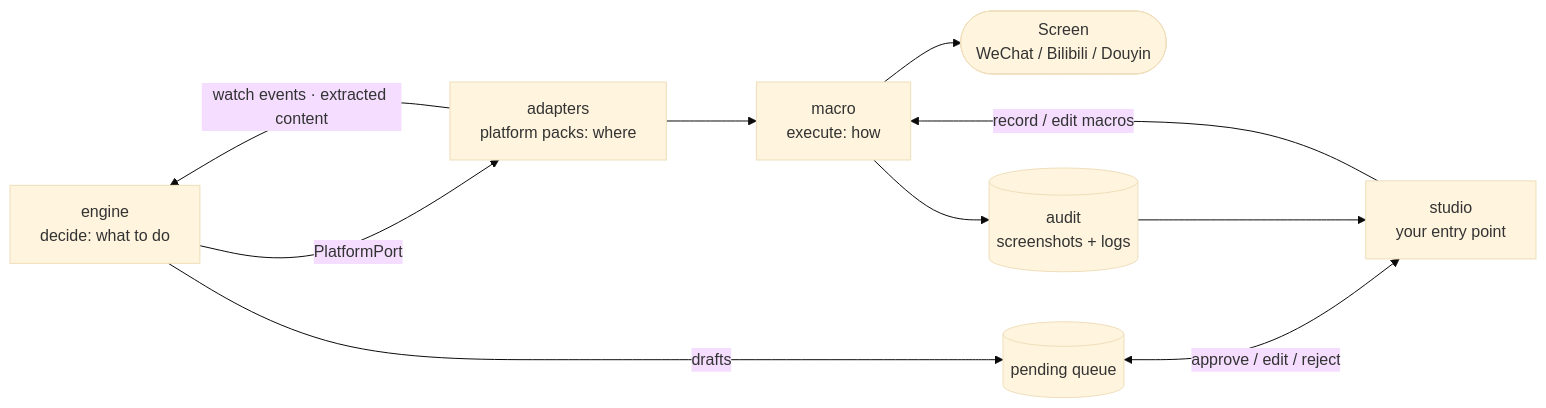
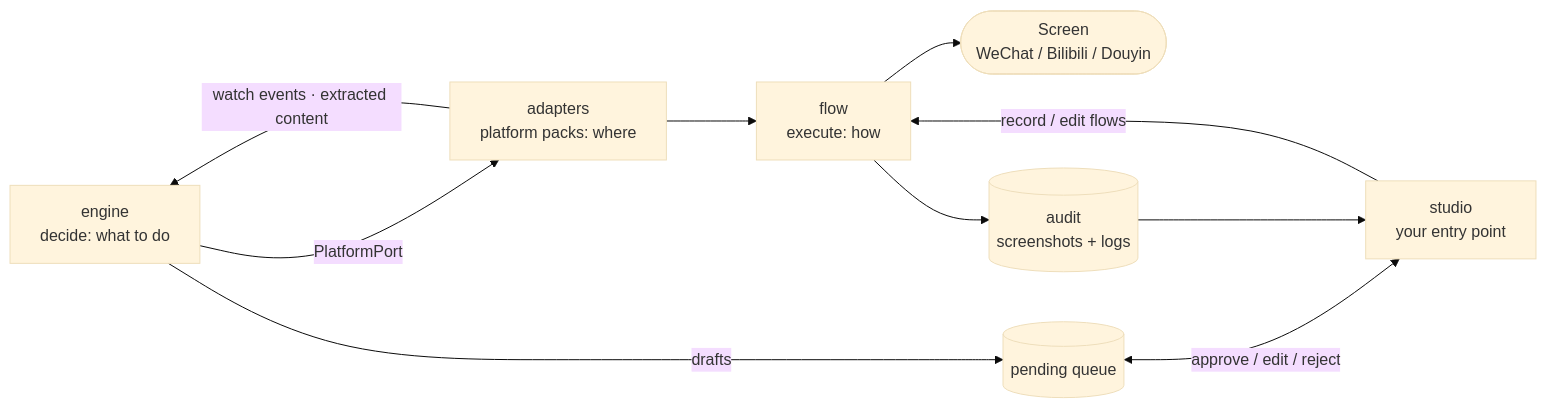
One commit to joshua1688/cyber-worker changed the second of 3 diagrams in README.md. Above: the diagram before and after it, drawn with Mermaid (base theme). The commit also changed other lines of this file and 142 other files, not shown here.

First line of the commit message:
refactor: call macros 流程 / flow everywhere

````diff
--- a/README.md
+++ b/README.md
@@ -97,12 +97,12 @@
 ```mermaid
 flowchart LR
     E["engine<br/>decide: what to do"] -->|PlatformPort| A["adapters<br/>platform packs: where"]
-    A --> M["macro<br/>execute: how"]
+    A --> M["flow<br/>execute: how"]
     M --> SCR(["Screen<br/>WeChat / Bilibili / Douyin"])
     A -->|watch events · extracted content| E
     E -->|drafts| Q[("pending queue")]
     Q <-->|approve / edit / reject| S["studio<br/>your entry point"]
-    S -->|record / edit macros| M
+    S -->|record / edit flows| M
     M --> R[("audit<br/>screenshots + logs")]
     R --> S
 ```
````
